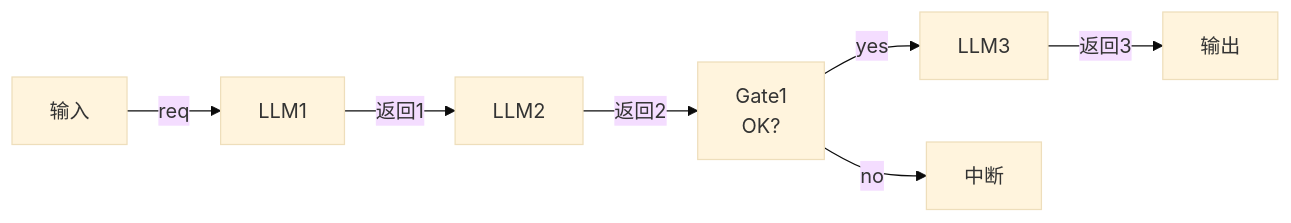
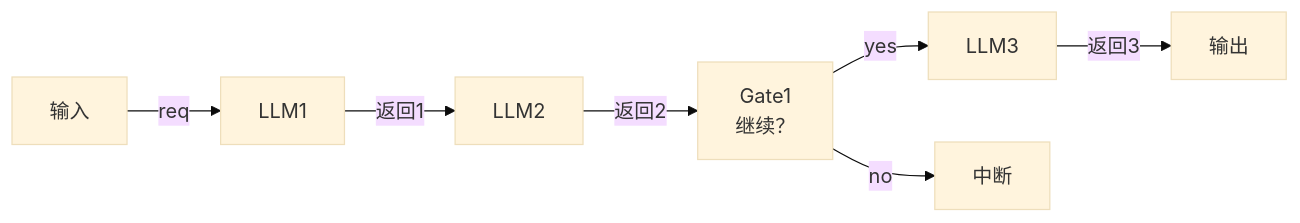
One commit to hxw05/notes changed the second of 8 diagrams in agent_readings/building-effective-agents.md. Above: the diagram before and after it, drawn with Mermaid (base theme). The commit also changed other lines of this file and 3 other files, not shown here.

````diff
--- a/agent_readings/building-effective-agents.md
+++ b/agent_readings/building-effective-agents.md
@@ -57,5 +57,5 @@
 ```mermaid
 flowchart LR
-输入 -->|req| LLM1 -->|返回1| LLM2 --> |返回2| gate["Gate1<br/>OK?"] -->|yes| LLM3 -->|返回3| 输出
+输入 -->|req| LLM1 -->|返回1| LLM2 --> |返回2| gate["Gate1<br/>继续？"] -->|yes| LLM3 -->|返回3| 输出
 gate -->|no| 中断
 ```
````
